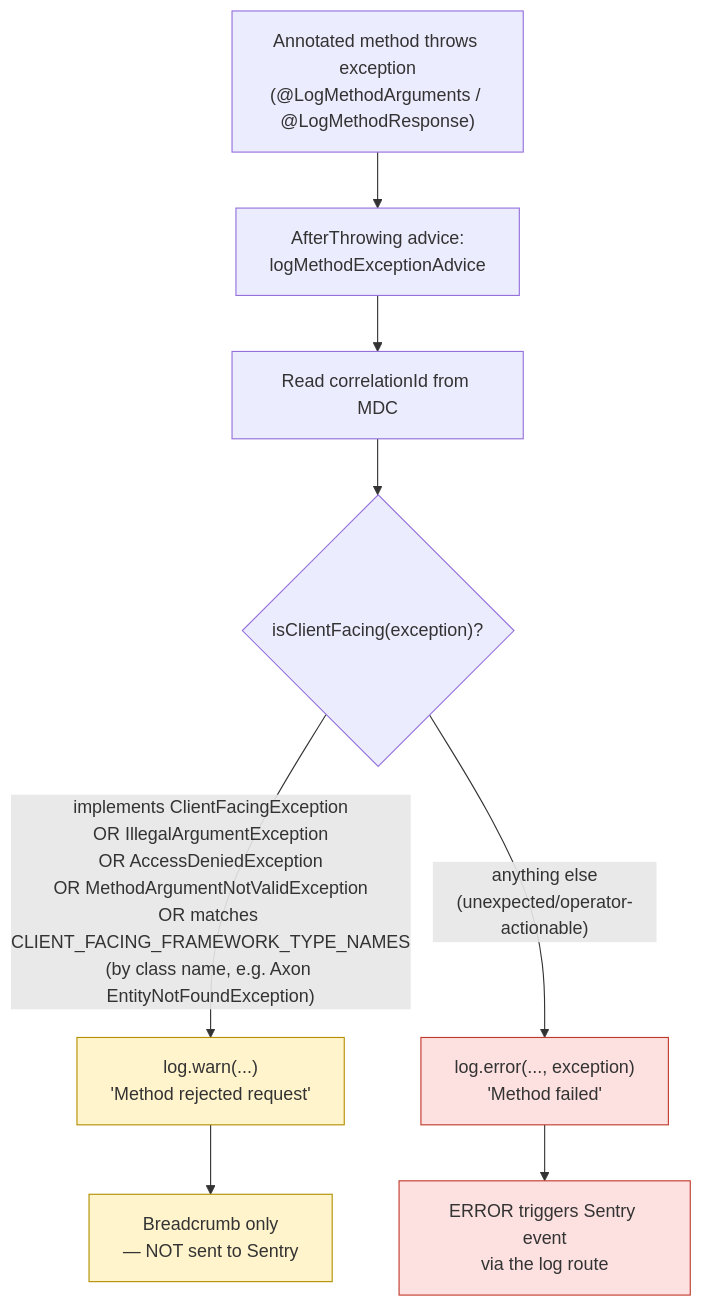
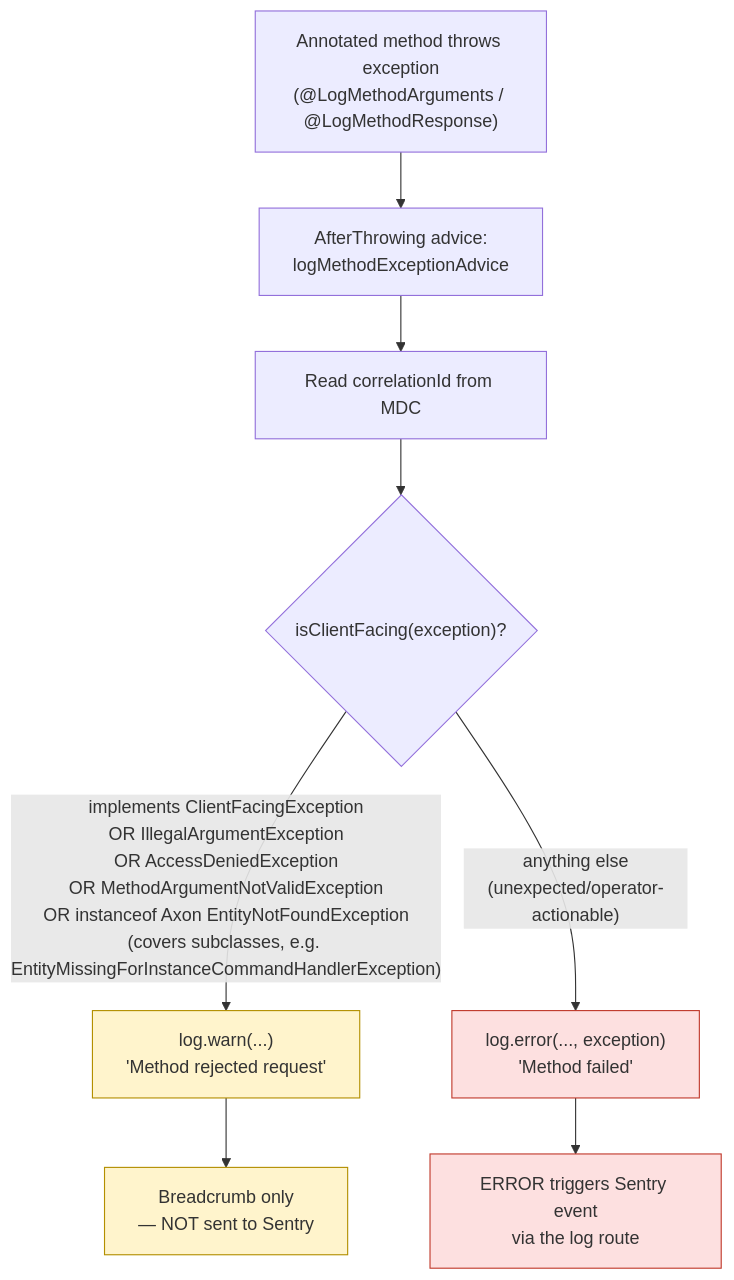
Before and after one commit to ministryofjustice/laa-data-access-api: the diagram in data-access-service-axon/docs/error-reporting.md, drawn with Mermaid. The commit also changed other lines of this file and 44 other files, not shown here.

First line of the commit message:
chore: DSTEW-2712 - Merge data-access-shared into Axon module and clean up dependencies (#646)

````diff
--- a/data-access-service-axon/docs/error-reporting.md
+++ b/data-access-service-axon/docs/error-reporting.md
@@ -206,17 +209,17 @@
 ```mermaid
 flowchart TD
     A["Annotated method throws exception<br/>(@LogMethodArguments / @LogMethodResponse)"] --> B["AfterThrowing advice:<br/>logMethodExceptionAdvice"]
     B --> C["Read correlationId from MDC"]
     C --> D{"isClientFacing(exception)?"}
 
-    D -->|"implements ClientFacingException<br/>OR IllegalArgumentException<br/>OR AccessDeniedException<br/>OR MethodArgumentNotValidException<br/>OR matches CLIENT_FACING_FRAMEWORK_TYPE_NAMES<br/>(by class name, e.g. Axon EntityNotFoundException)"| E["log.warn(...)<br/>'Method rejected request'"]
+    D -->|"implements ClientFacingException<br/>OR IllegalArgumentException<br/>OR AccessDeniedException<br/>OR MethodArgumentNotValidException<br/>OR instanceof Axon EntityNotFoundException<br/>(covers subclasses, e.g. EntityMissingForInstanceCommandHandlerException)"| E["log.warn(...)<br/>'Method rejected request'"]
     D -->|"anything else<br/>(unexpected/operator-actionable)"| F["log.error(..., exception)<br/>'Method failed'"]
 
     E --> G["Breadcrumb only<br/>— NOT sent to Sentry"]
     F --> H["ERROR triggers Sentry event<br/>via the log route"]
 
     style E fill:#fff4cc,stroke:#b38f00
     style F fill:#fde0e0,stroke:#c0392b
     style G fill:#fff4cc,stroke:#b38f00
     style H fill:#fde0e0,stroke:#c0392b
 ```
````
